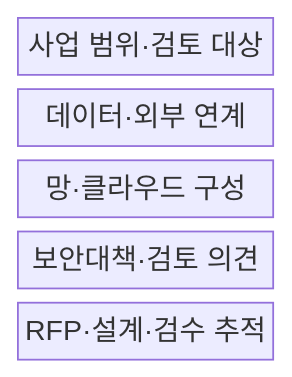
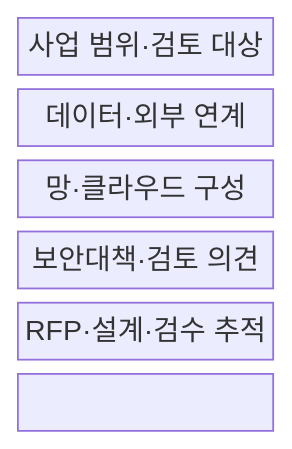
The first of 2 diagrams in src/content/docs/notes/05-security/117_nis_security_review.md (agnusdei1207/knowledge-base), drawn with Mermaid before and after one commit. The commit also changed other lines of this file and 151 other files, not shown here.

````diff
--- a/src/content/docs/notes/05-security/117_nis_security_review.md
+++ b/src/content/docs/notes/05-security/117_nis_security_review.md
@@ -53,9 +53,11 @@
 ```mermaid
 block-beta
   columns 1
   B["사업 범위·검토 대상"]
   D["데이터·외부 연계"]
   N["망·클라우드 구성"]
   S["보안대책·검토 의견"]
   T["RFP·설계·검수 추적"]
+  B --- D --- N
+  N --- S --- T
 ```
````
